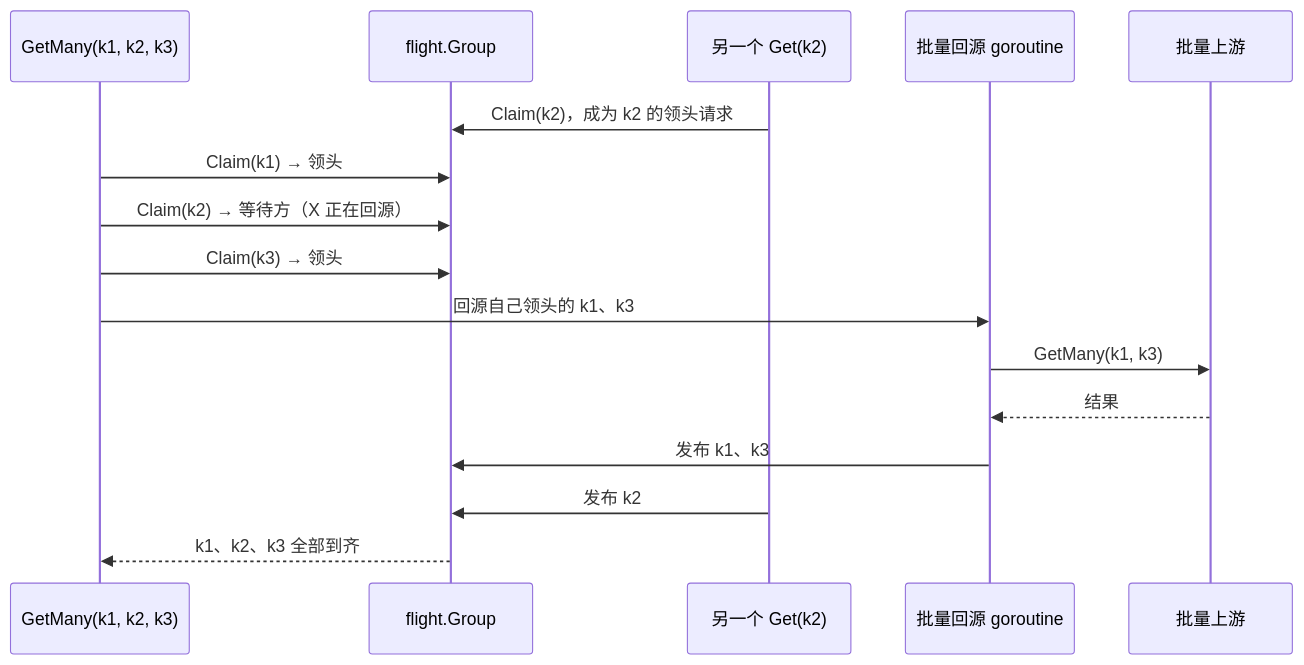
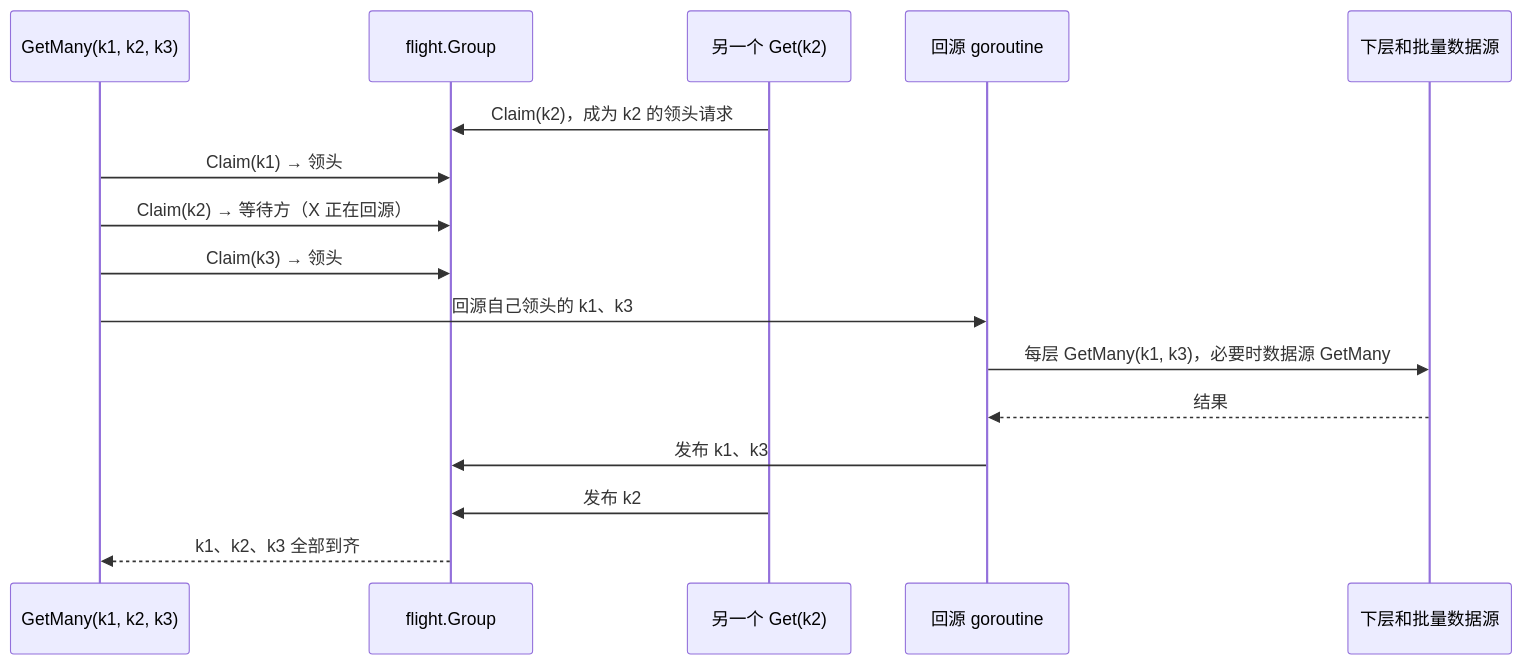
One commit to theplant/cachex changed the second of 2 diagrams in docs/design/singleflight.md. Above: the diagram before and after it, drawn with Mermaid. The commit also changed other lines of this file and 19 other files, not shown here.

````diff
--- a/docs/design/singleflight.md
+++ b/docs/design/singleflight.md
@@ -121,18 +124,18 @@
 ```mermaid
 sequenceDiagram
     participant M as GetMany(k1, k2, k3)
     participant G as flight.Group
     participant X as 另一个 Get(k2)
-    participant F as 批量回源 goroutine
-    participant U as 批量上游
+    participant F as 回源 goroutine
+    participant S as 下层和批量数据源
     X->>G: Claim(k2)，成为 k2 的领头请求
     M->>G: Claim(k1) → 领头
     M->>G: Claim(k2) → 等待方（X 正在回源）
     M->>G: Claim(k3) → 领头
     M->>F: 回源自己领头的 k1、k3
-    F->>U: GetMany(k1, k3)
-    U-->>F: 结果
+    F->>S: 每层 GetMany(k1, k3)，必要时数据源 GetMany
+    S-->>F: 结果
     F->>G: 发布 k1、k3
     X->>G: 发布 k2
     G-->>M: k1、k2、k3 全部到齐
 ```
````
